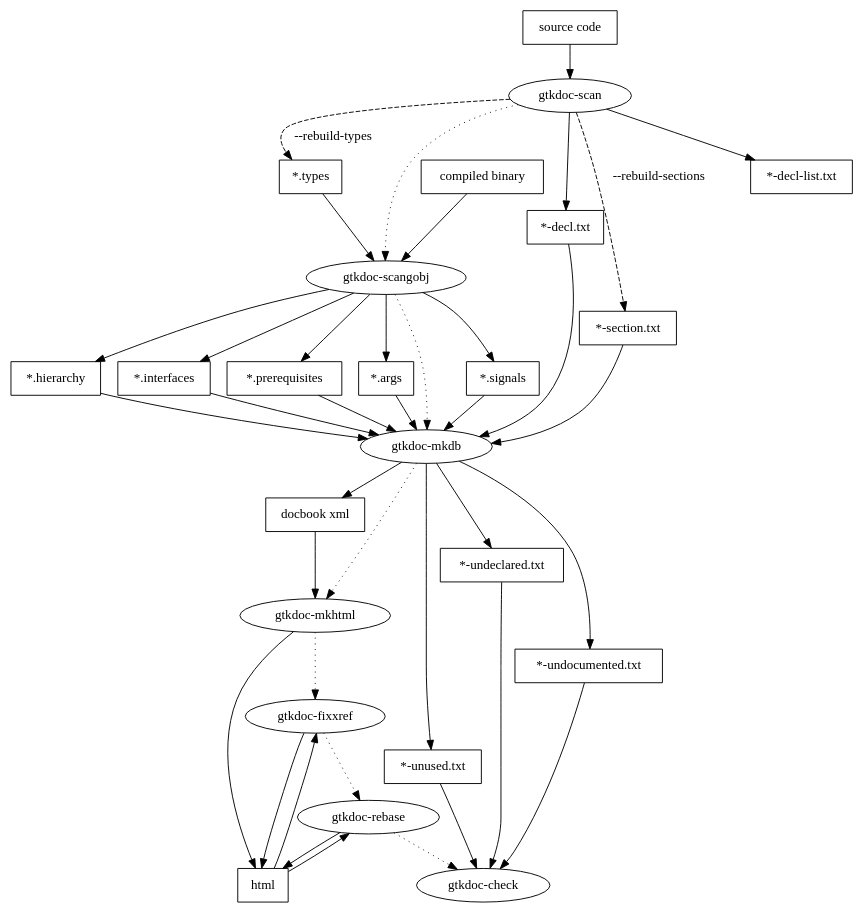
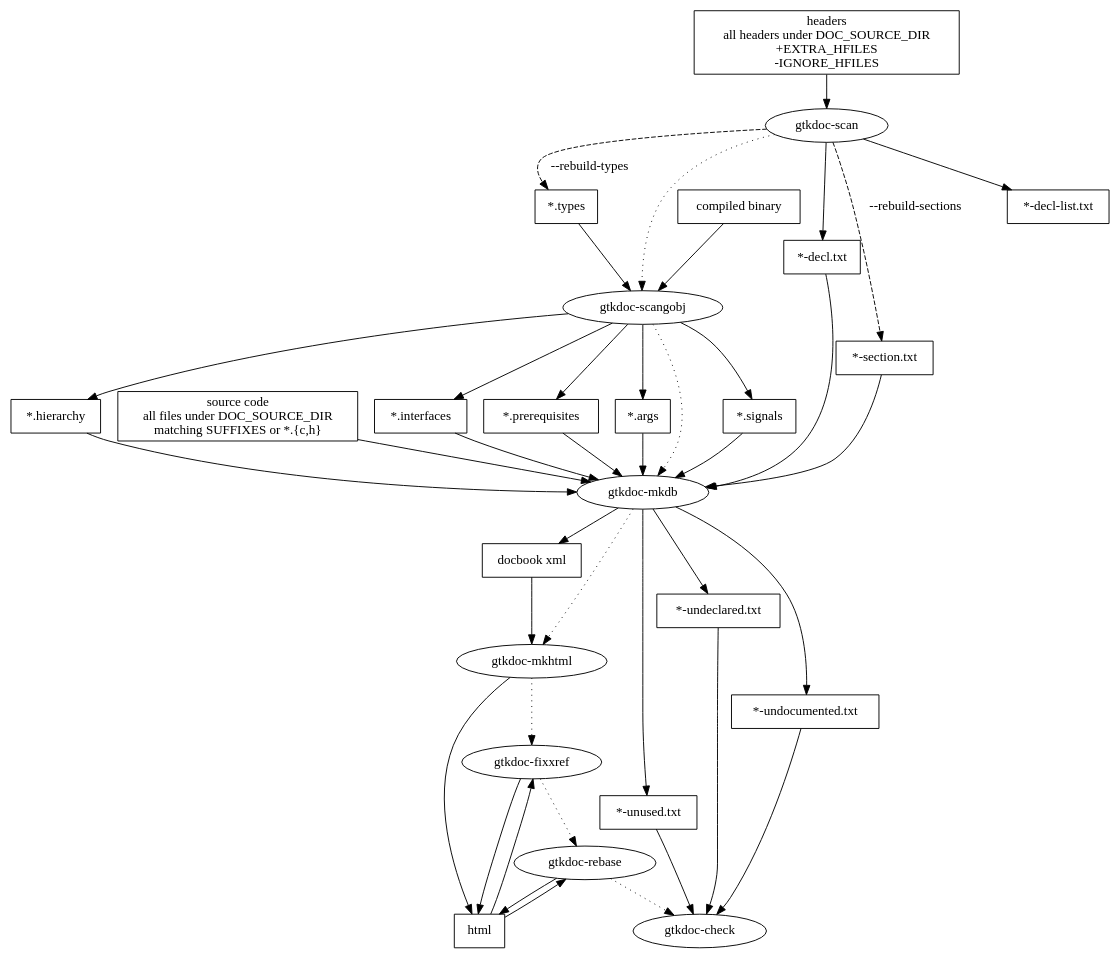
One commit to GNOME/gtk-doc changed the diagram in doc/gtkdoc.dot. Above: the diagram before and after it, drawn with Graphviz. The commit also changed 2 other files, not shown here.

Commit message:
Improve. scan only checks headers, while mkdb scans sources and headers.
	* doc/gtkdoc.dot:
	  Improve. scan only checks headers, while mkdb scans sources and
	  headers.
	* examples/Makefile.am:
	  Document more variables.

svn path=/trunk/; revision=694

```diff
--- a/doc/gtkdoc.dot
+++ b/doc/gtkdoc.dot
@@ -1,77 +1,79 @@
 /* files and tools in gtk-doc workflow
  * dot -Tpng gtkdoc.dot -ogtkdoc.png
  */
  
 digraph gtkdoc {
     /* graph attributes */
     /*rankdir=BT;*/
     
     /* default node attributes */
     node [ shape=box];
     
     /* tools nodes */
     gtkdoc_scan [label="gtkdoc-scan",shape="ellipse" ];
     gtkdoc_scangobj [label="gtkdoc-scangobj",shape="ellipse" ];
     gtkdoc_mkdb [label="gtkdoc-mkdb",shape="ellipse" ];
     gtkdoc_mkhtml [label="gtkdoc-mkhtml",shape="ellipse" ];
     gtkdoc_fixxref [label="gtkdoc-fixxref",shape="ellipse" ];
     gtkdoc_rebase [label="gtkdoc-rebase",shape="ellipse" ];
     gtkdoc_check [label="gtkdoc-check",shape="ellipse" ];
 
     /* file nodes */
-    sources [label="source code"];
+    headers [label="headers\nall headers under DOC_SOURCE_DIR\n+EXTRA_HFILES\n-IGNORE_HFILES"];
+    sources [label="source code\nall files under DOC_SOURCE_DIR\nmatching SUFFIXES or *.{c,h}"];
     binary [label="compiled binary"];
     xml [label="docbook xml"];
     html [label="html"];
     module_decl_list [label="*-decl-list.txt" ];
     module_decl [label="*-decl.txt" ];
     module_types [label="*.types" ];
     module_sections [label="*-section.txt" ];
     module_signals [label="*.signals" ];
     module_hierarchy [label="*.hierarchy" ];
     module_interfaces [label="*.interfaces" ];
     module_prerequisites [label="*.prerequisites" ];
     module_args [label="*.args" ];
     module_undeclared [label="*-undeclared.txt" ];
     module_undocumented [label="*-undocumented.txt" ];
     module_unused [label="*-unused.txt" ];
  
     /* tool invokation */
     gtkdoc_scan -> gtkdoc_scangobj -> gtkdoc_mkdb -> gtkdoc_mkhtml -> gtkdoc_fixxref -> gtkdoc_rebase -> gtkdoc_check [style="dotted"];
-    
+
     /* file usage */
-    sources -> gtkdoc_scan;
+    headers -> gtkdoc_scan;
     gtkdoc_scan -> module_sections [label="--rebuild-sections", style="dashed"];
     gtkdoc_scan -> module_types [label="--rebuild-types", style="dashed"];
     gtkdoc_scan -> module_decl;
     gtkdoc_scan -> module_decl_list;
  
     binary -> gtkdoc_scangobj;
     module_types -> gtkdoc_scangobj;
     gtkdoc_scangobj -> module_signals;
     gtkdoc_scangobj -> module_hierarchy;
     gtkdoc_scangobj -> module_interfaces;
     gtkdoc_scangobj -> module_prerequisites;
     gtkdoc_scangobj -> module_args;
-    
+
+    sources -> gtkdoc_mkdb;
     module_sections -> gtkdoc_mkdb;
     module_decl -> gtkdoc_mkdb;
     module_signals -> gtkdoc_mkdb;
     module_args -> gtkdoc_mkdb;
     module_hierarchy -> gtkdoc_mkdb;
     module_interfaces -> gtkdoc_mkdb;
     module_prerequisites -> gtkdoc_mkdb;
     gtkdoc_mkdb -> xml;
     gtkdoc_mkdb -> module_undeclared;
     gtkdoc_mkdb -> module_undocumented;
     gtkdoc_mkdb -> module_unused;
     
     xml -> gtkdoc_mkhtml -> html;
     
     html -> gtkdoc_fixxref -> html;
     html -> gtkdoc_rebase -> html;
     
     module_undeclared -> gtkdoc_check;
     module_undocumented -> gtkdoc_check;
     module_unused -> gtkdoc_check;
 }
```
